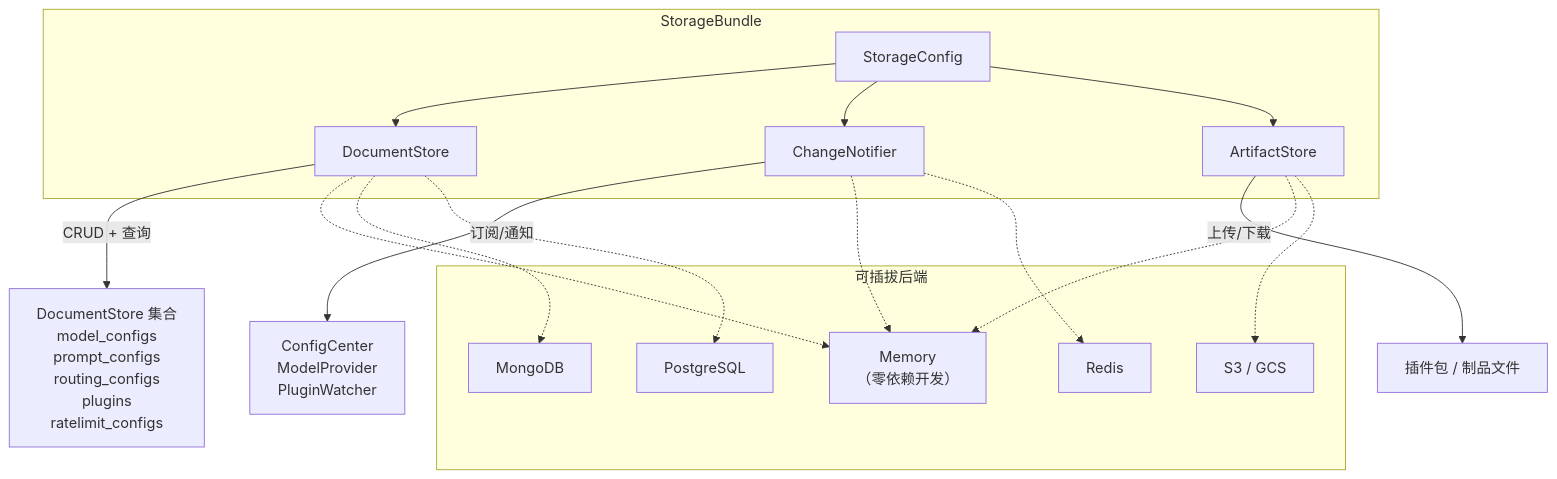
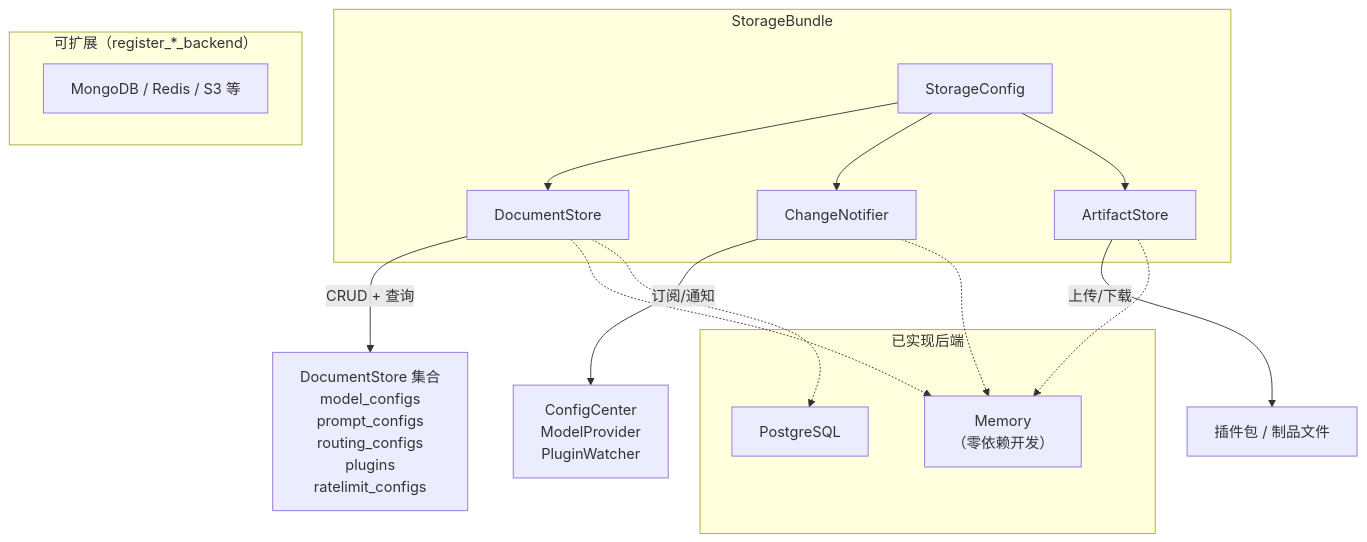
Before and after one commit to heelynn/artipivot: the diagram in doc/modules/storage.md, drawn with Mermaid. The commit also changed other lines of this file and 3 other files, not shown here.

````diff
--- a/doc/modules/storage.md
+++ b/doc/modules/storage.md
@@ -7,29 +7,27 @@
 ```mermaid
 flowchart TB
     subgraph StorageBundle
         config["StorageConfig"]
         config --> DS["DocumentStore"]
         config --> CN["ChangeNotifier"]
         config --> AS["ArtifactStore"]
     end
 
     DS --> |"CRUD + 查询"| DocCol["DocumentStore 集合<br/>model_configs<br/>prompt_configs<br/>routing_configs<br/>plugins<br/>ratelimit_configs"]
     CN --> |"订阅/通知"| Subscribers["ConfigCenter<br/>ModelProvider<br/>PluginWatcher"]
     AS --> |"上传/下载"| Files["插件包 / 制品文件"]
 
-    subgraph Backends["可插拔后端"]
+    subgraph Backends["已实现后端"]
         Memory["Memory<br/>（零依赖开发）"]
-        Mongo["MongoDB"]
         PG["PostgreSQL"]
-        Redis["Redis"]
-        S3["S3 / GCS"]
+    end
+
+    subgraph Extensible["可扩展（register_*_backend）"]
+        Custom["MongoDB / Redis / S3 等"]
     end
 
     DS -.-> Memory
-    DS -.-> Mongo
     DS -.-> PG
     CN -.-> Memory
-    CN -.-> Redis
     AS -.-> Memory
-    AS -.-> S3
 ```
````
